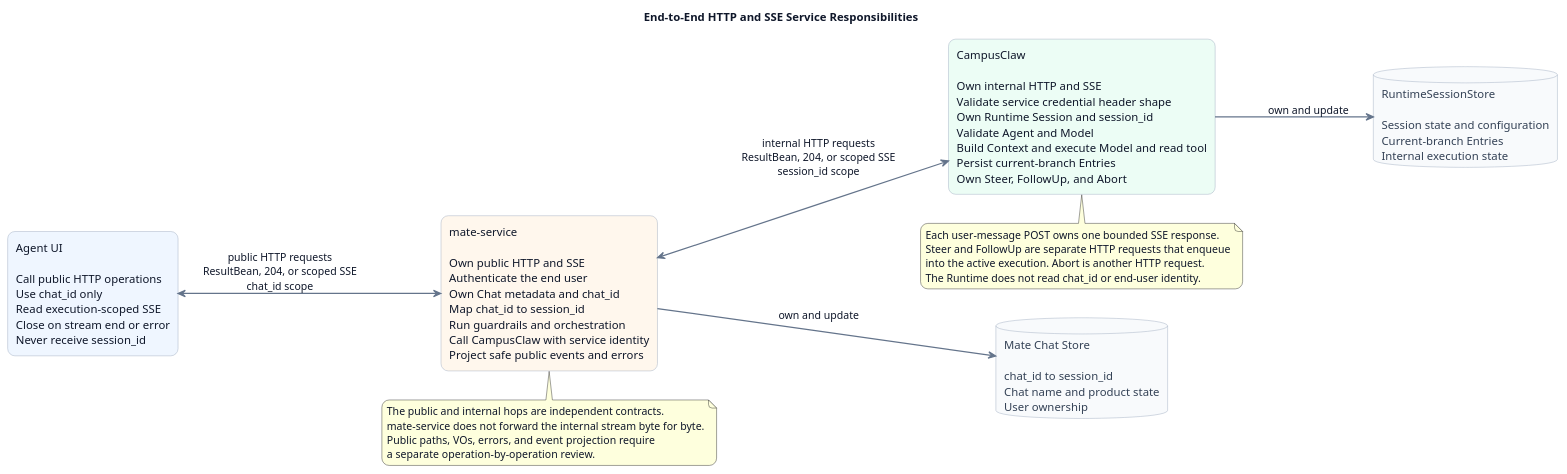
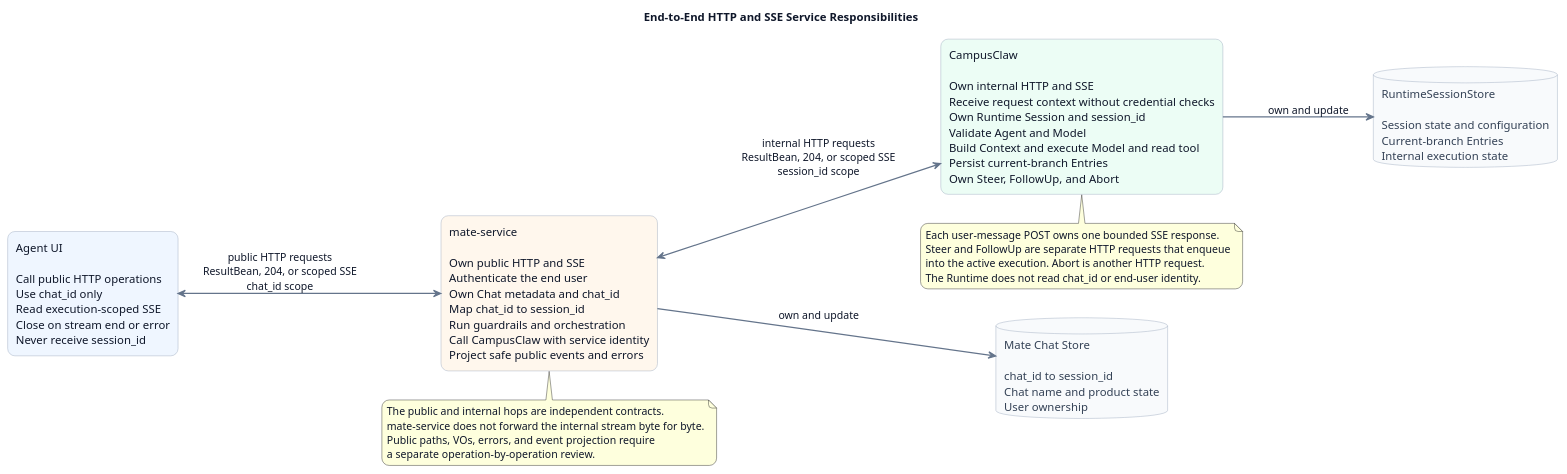
One commit to ssm0808/pi-mono-java-design changed the diagram in pi-mono-java-manager-driven-multi-agent-runtime/diagrams/service-boundary/diagram.puml. Above: the diagram before and after it, drawn with PlantUML. The commit also changed 33 other files, not shown here.

```diff
--- a/pi-mono-java-manager-driven-multi-agent-runtime/diagrams/service-boundary/diagram.puml
+++ b/pi-mono-java-manager-driven-multi-agent-runtime/diagrams/service-boundary/diagram.puml
@@ -1,61 +1,61 @@
 @startuml mate_agent_service_responsibility_boundary
 title End-to-End HTTP and SSE Service Responsibilities
 
-' Source evidence (pi-mono-java 9e7cc8952937a697fe2c16ff0de287b32bc4c891):
+' Source evidence (pi-mono-java 1f801dbb82bdda30478e3354e685e3153b179a0c):
 ' modules/coding-agent-cli/src/main/java/com/campusclaw/codingagent/runtimeapi/web/RuntimeEventController.java.
 ' modules/coding-agent-cli/src/main/java/com/campusclaw/codingagent/runtimeapi/event/RuntimeEventService.java.
 ' Observed behavior: the CampusClaw internal HTTP POST returns execution-scoped SSE without a public WebSocket path.
 ' Target-only design: the mate-service public HTTP contract and its SSE projection are not implemented in this repository.
 ' Architecture change: both hops use HTTP request-response, and execution responses stream SSE for the lifetime of one execution.
 ' Product constraint: the UI receives chat_id only; session_id remains an internal Runtime identifier.
 ' Security hardening: mate-service terminates public auth and projects internal events instead of forwarding bytes transparently.
 ' Design reason: keep user-facing Chat lifecycle separate from durable Runtime Session identity and execution.
 
 skinparam backgroundColor #FFFFFF
 skinparam shadowing false
 skinparam roundcorner 18
 skinparam defaultFontName Arial
 skinparam defaultFontColor #0F172A
 skinparam ArrowColor #64748B
 skinparam ArrowThickness 1.5
 skinparam rectangle {
   BorderColor #94A3B8
   FontColor #0F172A
 }
 skinparam database {
   BorderColor #94A3B8
   BackgroundColor #F8FAFC
   FontColor #334155
 }
 
 left to right direction
 
 rectangle "Agent UI\n\nCall public HTTP operations\nUse chat_id only\nRead execution-scoped SSE\nClose on stream end or error\nNever receive session_id" as UI #EFF6FF
 
 rectangle "mate-service\n\nOwn public HTTP and SSE\nAuthenticate the end user\nOwn Chat metadata and chat_id\nMap chat_id to session_id\nRun guardrails and orchestration\nCall CampusClaw with service identity\nProject safe public events and errors" as Mate #FFF7ED
 
-rectangle "CampusClaw\n\nOwn internal HTTP and SSE\nValidate service credential header shape\nOwn Runtime Session and session_id\nValidate Agent and Model\nBuild Context and execute Model and read tool\nPersist current-branch Entries\nOwn Steer, FollowUp, and Abort" as Runtime #ECFDF5
+rectangle "CampusClaw\n\nOwn internal HTTP and SSE\nReceive request context without credential checks\nOwn Runtime Session and session_id\nValidate Agent and Model\nBuild Context and execute Model and read tool\nPersist current-branch Entries\nOwn Steer, FollowUp, and Abort" as Runtime #ECFDF5
 
 database "Mate Chat Store\n\nchat_id to session_id\nChat name and product state\nUser ownership" as MateStore
 
 database "RuntimeSessionStore\n\nSession state and configuration\nCurrent-branch Entries\nInternal execution state" as RuntimeStore
 
 UI <--> Mate : public HTTP requests\nResultBean, 204, or scoped SSE\nchat_id scope
 Mate <--> Runtime : internal HTTP requests\nResultBean, 204, or scoped SSE\nsession_id scope
 Mate --> MateStore : own and update
 Runtime --> RuntimeStore : own and update
 
 note bottom of Mate
 The public and internal hops are independent contracts.
 mate-service does not forward the internal stream byte for byte.
 Public paths, VOs, errors, and event projection require
 a separate operation-by-operation review.
 end note
 
 note bottom of Runtime
 Each user-message POST owns one bounded SSE response.
 Steer and FollowUp are separate HTTP requests that enqueue
 into the active execution. Abort is another HTTP request.
 The Runtime does not read chat_id or end-user identity.
 end note
 @enduml
```
